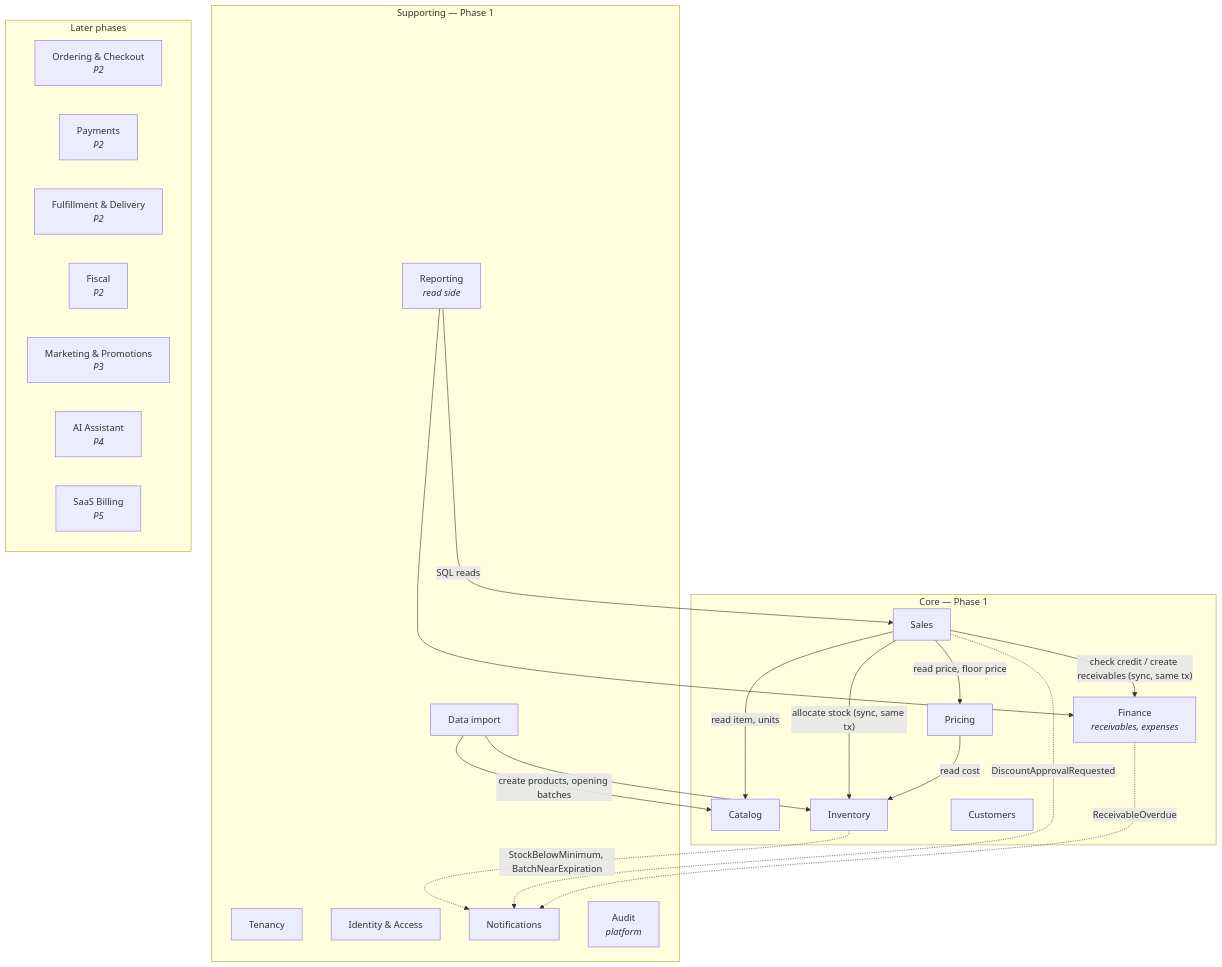
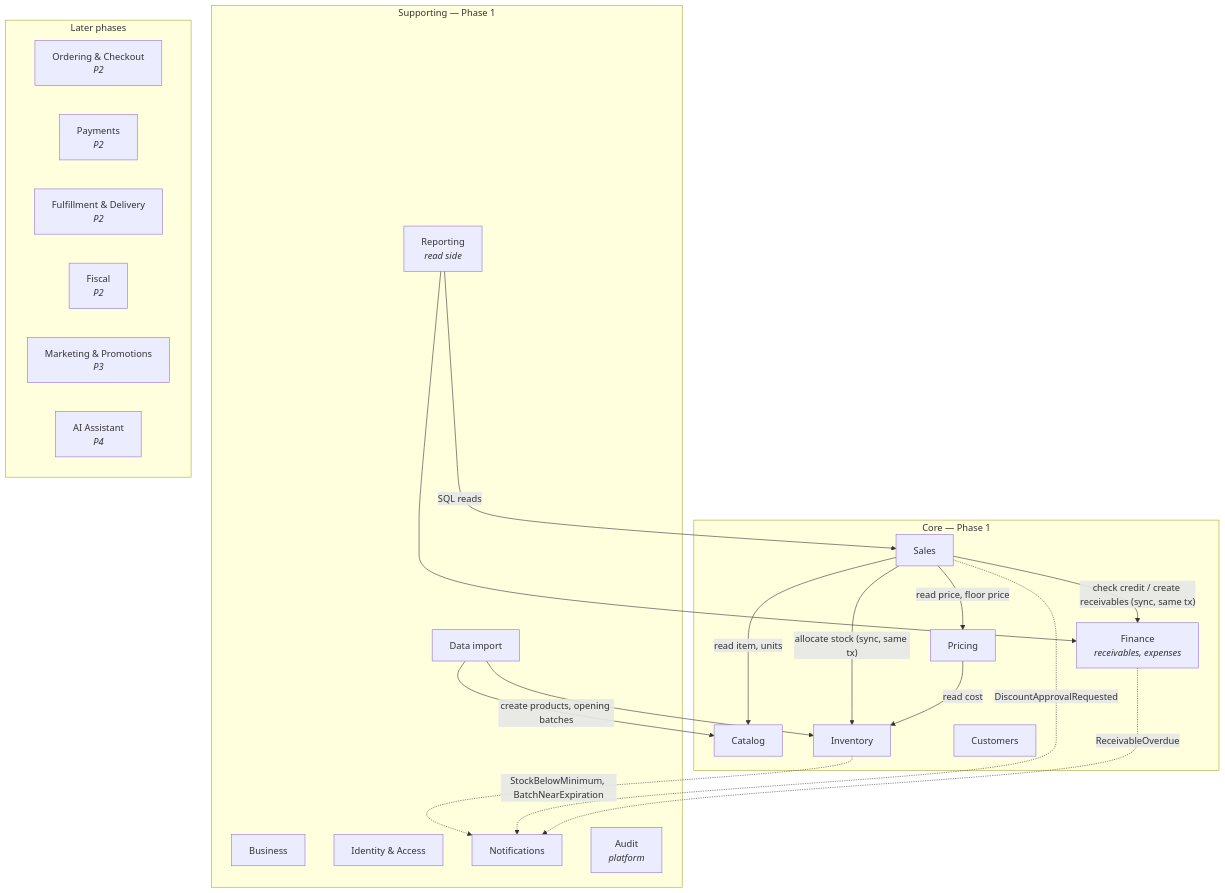
One commit to humberto0/shopkeeper changed the third of 4 diagrams in docs/architecture/README.md. Above: the diagram before and after it, drawn with Mermaid. The commit also changed other lines of this file and 20 other files, not shown here.

````diff
--- a/docs/architecture/README.md
+++ b/docs/architecture/README.md
@@ -96,41 +96,40 @@
 ```mermaid
 flowchart TB
   subgraph core[Core — Phase 1]
     catalog[Catalog]
     inventory[Inventory]
     sales[Sales]
     pricing[Pricing]
     finance[Finance<br/><i>receivables, expenses</i>]
     customer[Customers]
   end
   subgraph support[Supporting — Phase 1]
-    tenancy[Tenancy]
+    business[Business]
     identity[Identity & Access]
     notification[Notifications]
     importer[Data import]
     reporting[Reporting<br/><i>read side</i>]
     audit[Audit<br/><i>platform</i>]
   end
   subgraph later[Later phases]
     ordering[Ordering & Checkout<br/><i>P2</i>]
     payments[Payments<br/><i>P2</i>]
     fulfillment[Fulfillment & Delivery<br/><i>P2</i>]
     fiscal[Fiscal<br/><i>P2</i>]
     marketing[Marketing & Promotions<br/><i>P3</i>]
     assistant[AI Assistant<br/><i>P4</i>]
-    billing[SaaS Billing<br/><i>P5</i>]
   end
 
   sales -- "allocate stock (sync, same tx)" --> inventory
   sales -- "check credit / create receivables (sync, same tx)" --> finance
   sales -- "read price, floor price" --> pricing
   sales -- "read item, units" --> catalog
   pricing -- "read cost" --> inventory
   importer -- "create products, opening batches" --> catalog
   importer --> inventory
   inventory -. "StockBelowMinimum, BatchNearExpiration" .-> notification
   sales -. "DiscountApprovalRequested" .-> notification
   finance -. "ReceivableOverdue" .-> notification
   reporting -- "SQL reads" --> sales
   reporting --> finance
 ```
````
